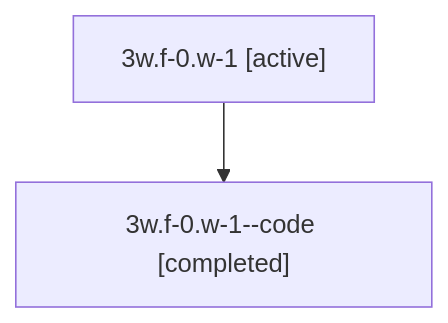
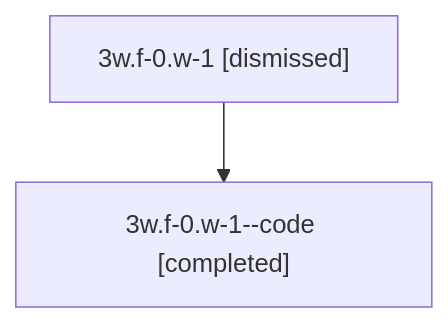
One commit to sase-org/sase--agents changed the diagram in sessions/bbugyi200.athena.3w.f-0.w-1.md. Above: the diagram before and after it, drawn with Mermaid. The commit also changed other lines of this file and 57 other files, not shown here.

````diff
--- a/sessions/bbugyi200.athena.3w.f-0.w-1.md
+++ b/sessions/bbugyi200.athena.3w.f-0.w-1.md
@@ -9,6 +9,6 @@
 ```mermaid
 flowchart TD
-  n0["3w.f-0.w-1 [active]"]
+  n0["3w.f-0.w-1 [dismissed]"]
   n1["3w.f-0.w-1--code [completed]"]
   n0 --> n1
 ```
````
